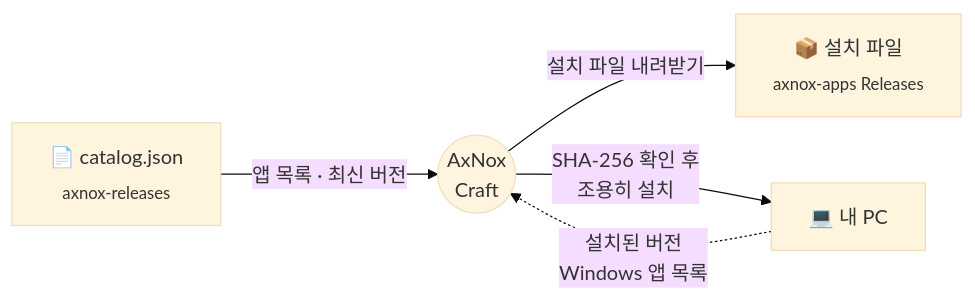
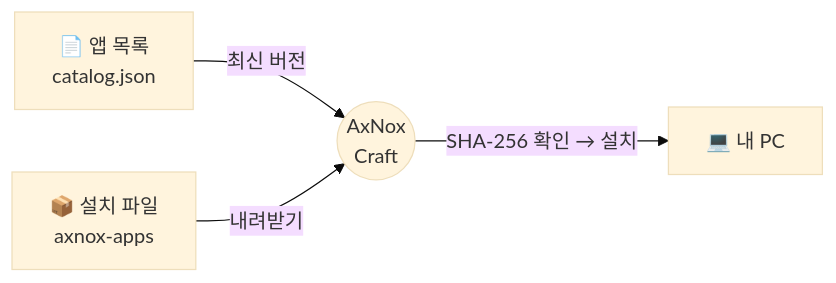
The diagram in README.md (AxisNox42/axnox-releases), drawn with Mermaid (base theme) before and after one commit.

Commit message:
README: simpler flow diagram

````diff
--- a/README.md
+++ b/README.md
@@ -68,7 +68,6 @@
 ```mermaid
 flowchart LR
-    A["📄 catalog.json<br><sub>axnox-releases</sub>"] -->|앱 목록 · 최신 버전| C(("AxNox<br>Craft"))
-    C -->|설치 파일 내려받기| B["📦 설치 파일<br><sub>axnox-apps Releases</sub>"]
-    C -->|SHA-256 확인 후<br>조용히 설치| P["💻 내 PC"]
-    P -.->|설치된 버전<br>Windows 앱 목록| C
+    A["📄 앱 목록<br>catalog.json"] -- 최신 버전 --> C(("AxNox<br>Craft"))
+    B["📦 설치 파일<br>axnox-apps"] -- 내려받기 --> C
+    C -- "SHA-256 확인 → 설치" --> P["💻 내 PC"]
 ```
````
